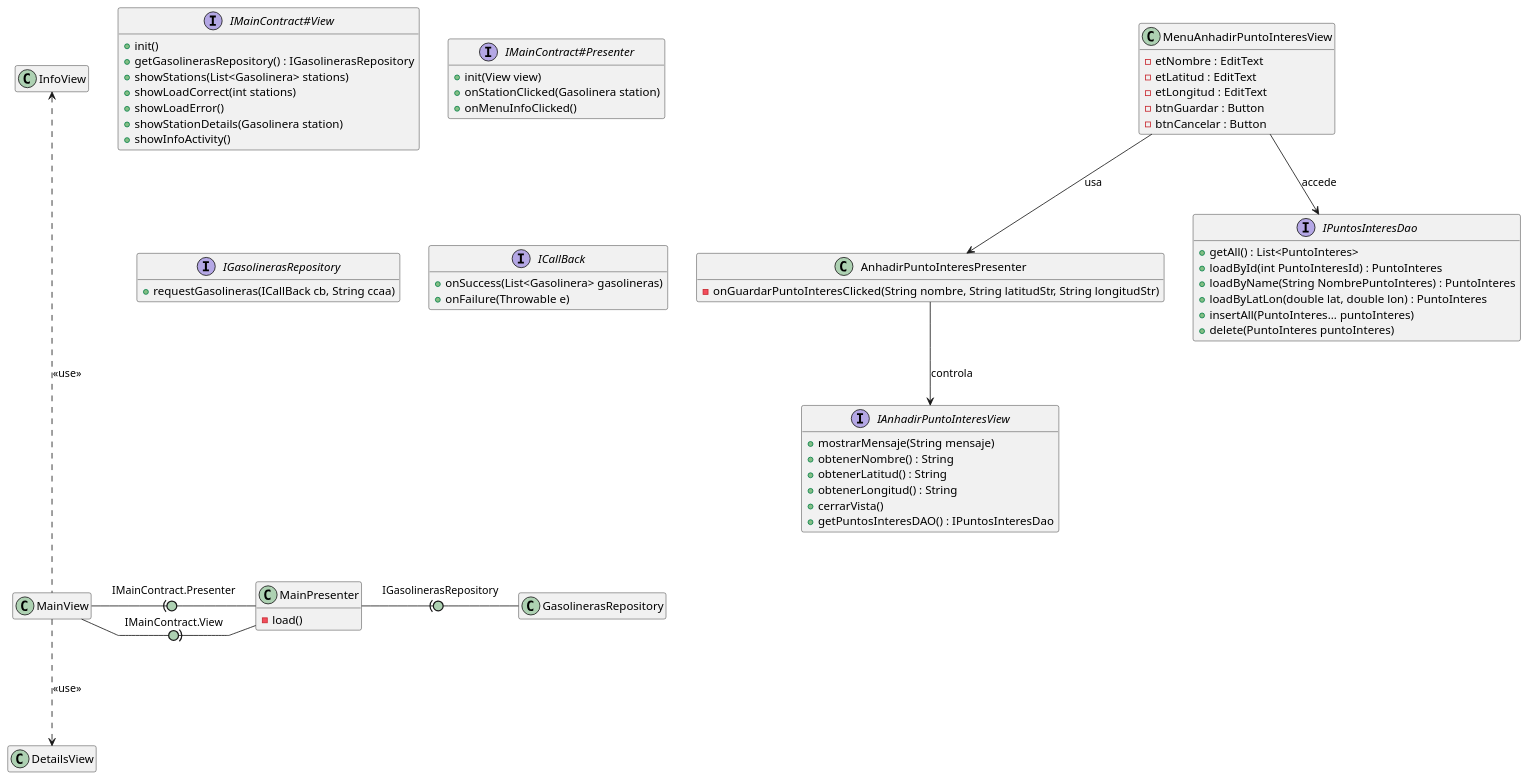
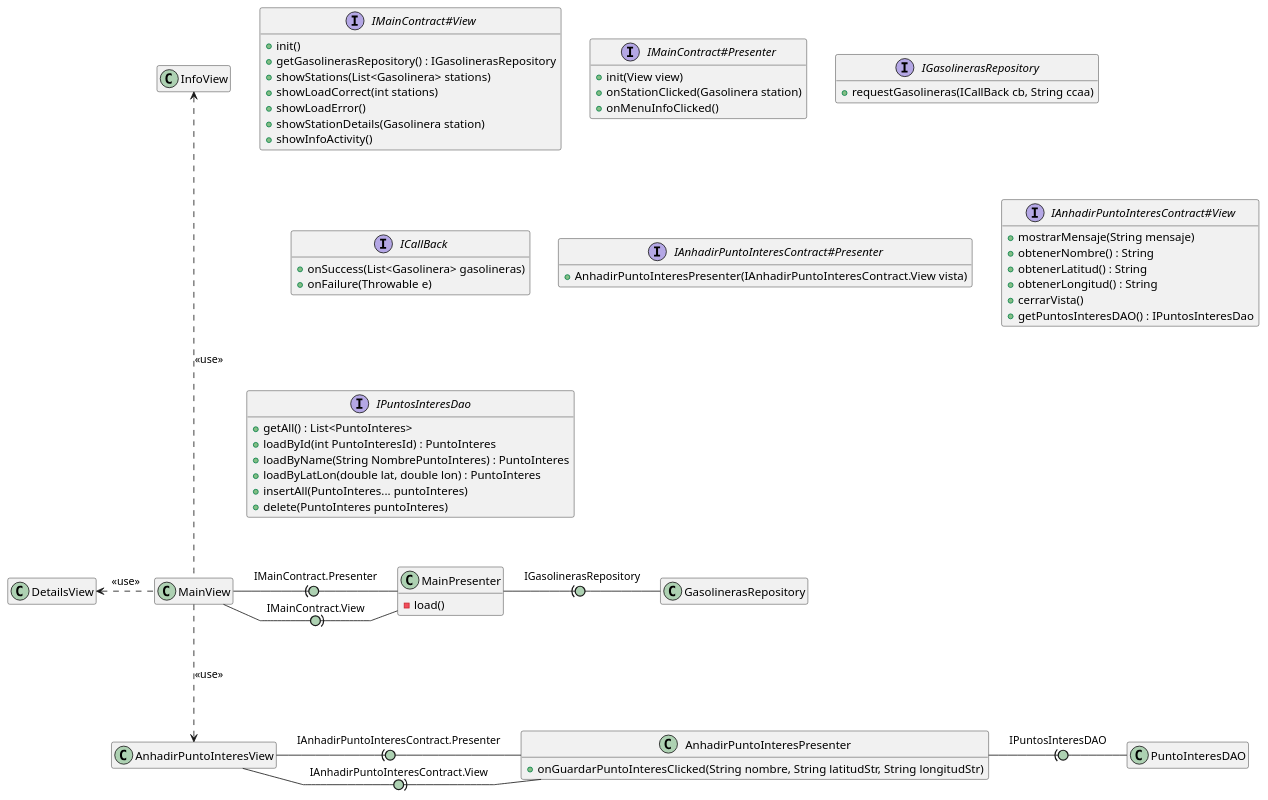
One commit to rivasjm/App-Gasolineras-Grupo2 changed the diagram in Docs/Models/architecture.puml. Above: the diagram before and after it, drawn with PlantUML.

```diff
--- a/Docs/Models/architecture.puml
+++ b/Docs/Models/architecture.puml
@@ -1,77 +1,73 @@
 @startuml clases
 
 hide empty members
 skinparam linetype polyline
 skinparam arrowLollipopColor #ADD1B2
 
 MainView -right(0- MainPresenter : IMainContract.Presenter
 MainView -right0)- MainPresenter : IMainContract.View
 MainView -up..-> InfoView : <<use>>
-MainView -down..> DetailsView : <<use>>
+MainView -left..> DetailsView : <<use>>
+MainView -down..> AnhadirPuntoInteresView : <<use>>
 MainPresenter -right(0- GasolinerasRepository : IGasolinerasRepository
+
+AnhadirPuntoInteresView -right(0- AnhadirPuntoInteresPresenter : IAnhadirPuntoInteresContract.Presenter
+AnhadirPuntoInteresView -right0)- AnhadirPuntoInteresPresenter : IAnhadirPuntoInteresContract.View
+AnhadirPuntoInteresPresenter -right(0- PuntoInteresDAO : IPuntosInteresDAO
 
 class MainPresenter {
     -load()
 }
 
 interface IMainContract#View {
     + init()
     + getGasolinerasRepository() : IGasolinerasRepository
     + showStations(List<Gasolinera> stations)
     + showLoadCorrect(int stations)
     + showLoadError()
     + showStationDetails(Gasolinera station)
     + showInfoActivity()
 }
 
 interface IMainContract#Presenter {
     + init(View view)
     + onStationClicked(Gasolinera station)
     + onMenuInfoClicked()
 }
 
 interface IGasolinerasRepository {
     + requestGasolineras(ICallBack cb, String ccaa)
 }
 
 interface ICallBack {
     + onSuccess(List<Gasolinera> gasolineras)
     + onFailure(Throwable e)
 }
 
-class AnhadirPuntoInteresPresenter {
-    - onGuardarPuntoInteresClicked(String nombre, String latitudStr, String longitudStr)
+interface IAnhadirPuntoInteresContract#Presenter {
+    + AnhadirPuntoInteresPresenter(IAnhadirPuntoInteresContract.View vista)
 }
 
-AnhadirPuntoInteresPresenter --> IAnhadirPuntoInteresView : controla
+class AnhadirPuntoInteresPresenter {
+    + onGuardarPuntoInteresClicked(String nombre, String latitudStr, String longitudStr)
+}
 
-interface IAnhadirPuntoInteresView {
+interface IAnhadirPuntoInteresContract#View {
     + mostrarMensaje(String mensaje)
     + obtenerNombre() : String
     + obtenerLatitud() : String
     + obtenerLongitud() : String
     + cerrarVista()
     + getPuntosInteresDAO() : IPuntosInteresDao
 }
-
-class MenuAnhadirPuntoInteresView {
-    - etNombre : EditText
-    - etLatitud : EditText
-    - etLongitud : EditText
-    - btnGuardar : Button
-    - btnCancelar : Button
-}
-
-MenuAnhadirPuntoInteresView --> AnhadirPuntoInteresPresenter : usa
-MenuAnhadirPuntoInteresView --> IPuntosInteresDao : accede
 
 interface IPuntosInteresDao {
     + getAll() : List<PuntoInteres>
     + loadById(int PuntoInteresId) : PuntoInteres
     + loadByName(String NombrePuntoInteres) : PuntoInteres
     + loadByLatLon(double lat, double lon) : PuntoInteres
     + insertAll(PuntoInteres... puntoInteres)
     + delete(PuntoInteres puntoInteres)
 }
 
 @enduml
```
